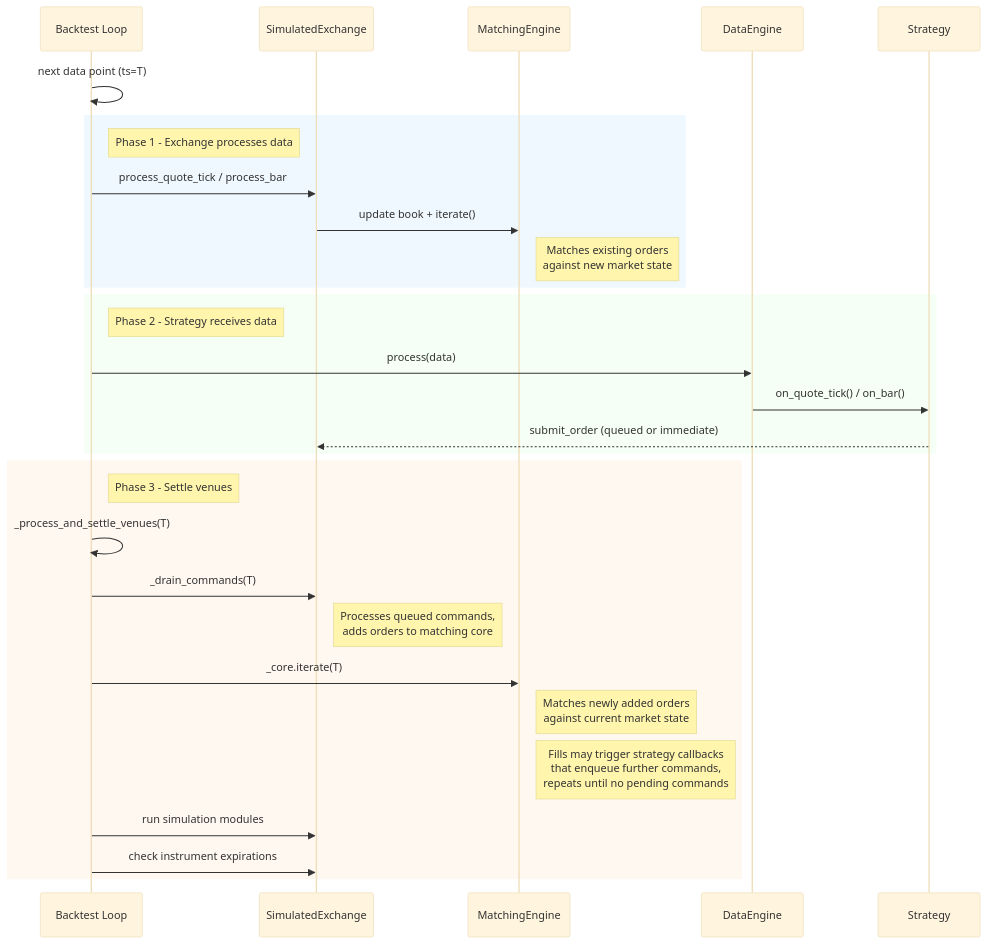
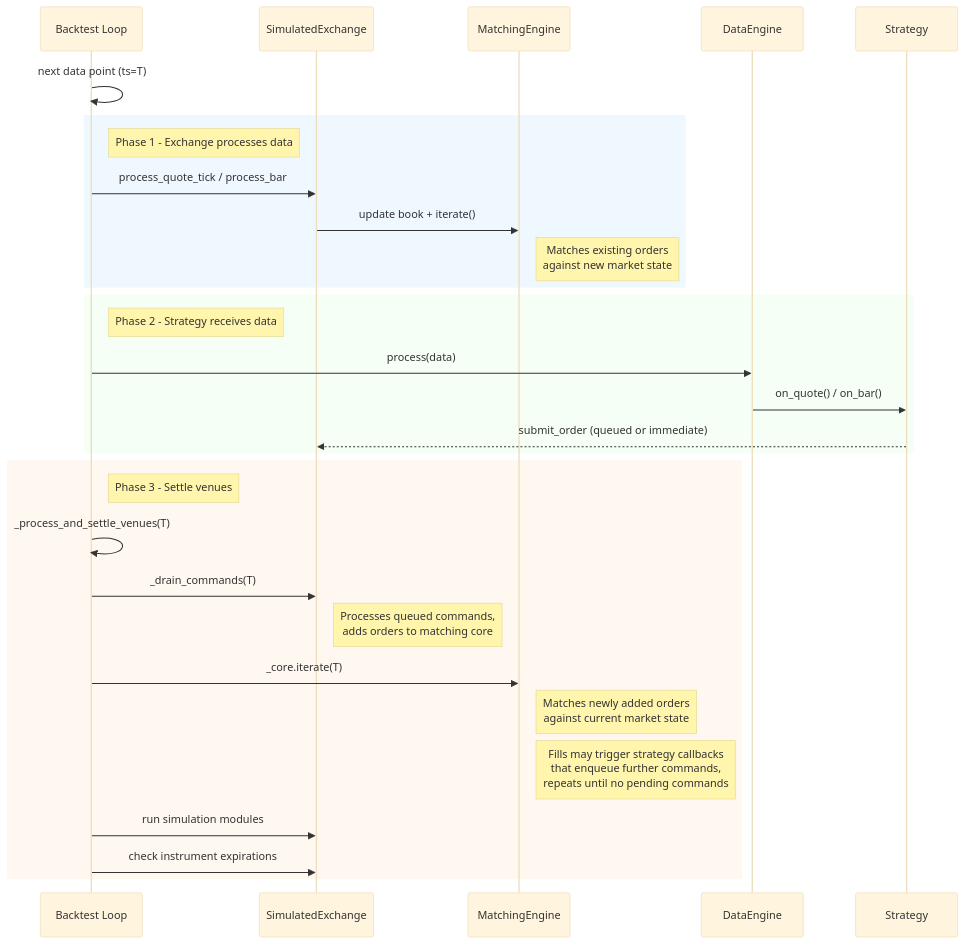
One commit to brianmok888/nautilus-trader-dev-skill changed the second of 2 diagrams in references/concepts/backtesting.md. Above: the diagram before and after it, drawn with Mermaid (base theme). The commit also changed other lines of this file and 8 other files, not shown here.

````diff
--- a/references/concepts/backtesting.md
+++ b/references/concepts/backtesting.md
@@ -401,36 +401,36 @@
 ```mermaid
 sequenceDiagram
     participant BL as Backtest Loop
     participant Exch as SimulatedExchange
     participant ME as MatchingEngine
     participant DE as DataEngine
     participant Stgy as Strategy
 
     BL->>BL: next data point (ts=T)
 
     rect rgb(240, 248, 255)
     note right of BL: Phase 1 - Exchange processes data
     BL->>Exch: process_quote_tick / process_bar
     Exch->>ME: update book + iterate()
     note right of ME: Matches existing orders<br/>against new market state
     end
 
     rect rgb(245, 255, 245)
     note right of BL: Phase 2 - Strategy receives data
     BL->>DE: process(data)
-    DE->>Stgy: on_quote_tick() / on_bar()
+    DE->>Stgy: on_quote() / on_bar()
     Stgy-->>Exch: submit_order (queued or immediate)
     end
 
     rect rgb(255, 248, 240)
     note right of BL: Phase 3 - Settle venues
     BL->>BL: _process_and_settle_venues(T)
     BL->>Exch: _drain_commands(T)
     note right of Exch: Processes queued commands,<br/>adds orders to matching core
     BL->>ME: _core.iterate(T)
     note right of ME: Matches newly added orders<br/>against current market state
     note right of ME: Fills may trigger strategy callbacks<br/>that enqueue further commands,<br/>repeats until no pending commands
     BL->>Exch: run simulation modules
     BL->>Exch: check instrument expirations
     end
 ```
````
